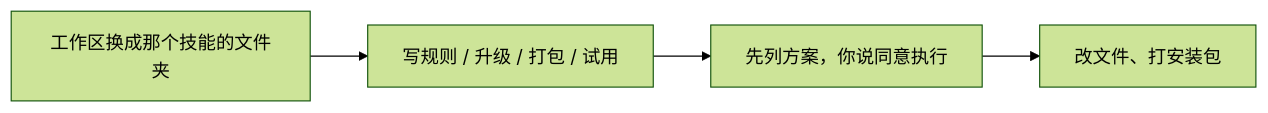
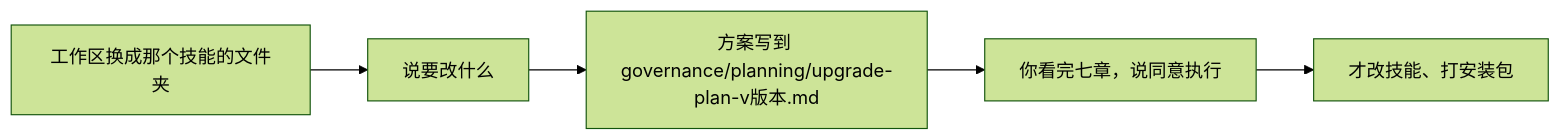
Before and after one commit to qiusuo0226/skill-devkit-skill: the second of 2 diagrams in examples/README.md, drawn with Mermaid (forest theme). The commit also changed other lines of this file and 16 other files, not shown here.

````diff
--- a/examples/README.md
+++ b/examples/README.md
@@ -15,6 +15,7 @@
 ```mermaid
 flowchart LR
-    F["工作区换成那个技能的文件夹"] --> G["写规则 / 升级 / 打包 / 试用"]
-    G --> H["先列方案，你说同意执行"]
-    H --> I["改文件、打安装包"]
+    F["工作区换成那个技能的文件夹"] --> G["说要改什么"]
+    G --> H["方案写到 governance/planning/upgrade-plan-v版本.md"]
+    H --> I["你看完七章，说同意执行"]
+    I --> J["才改技能、打安装包"]
 ```
````
